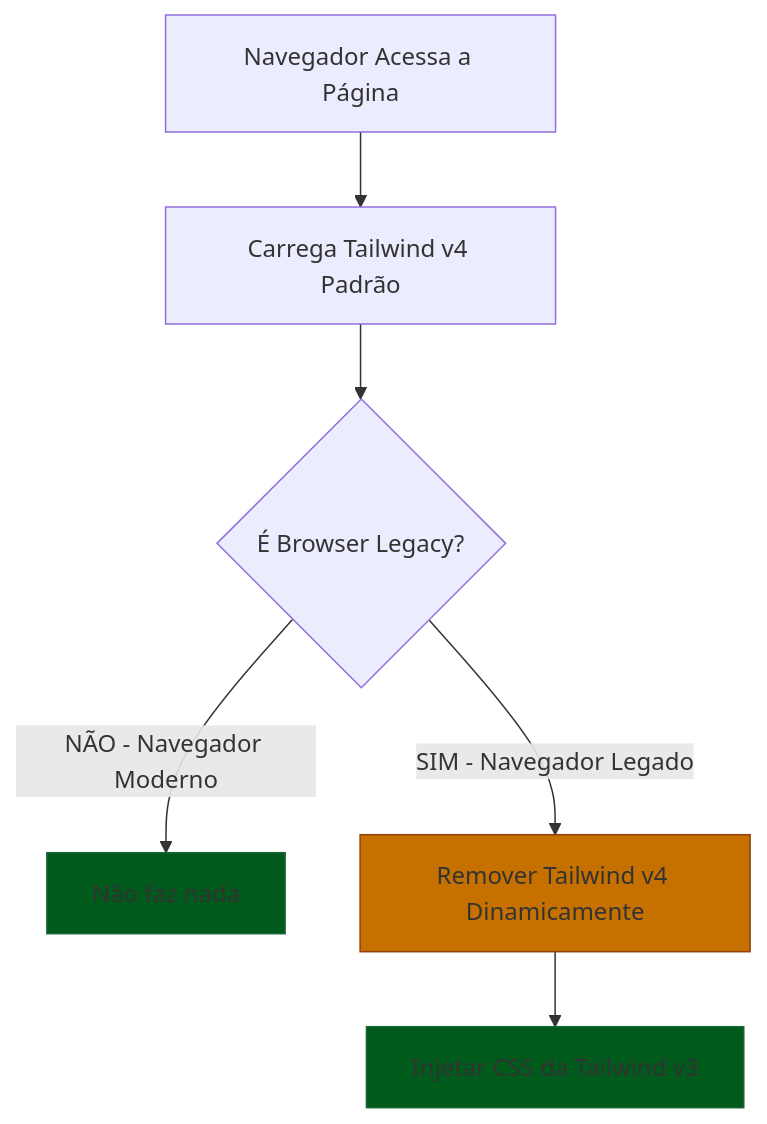
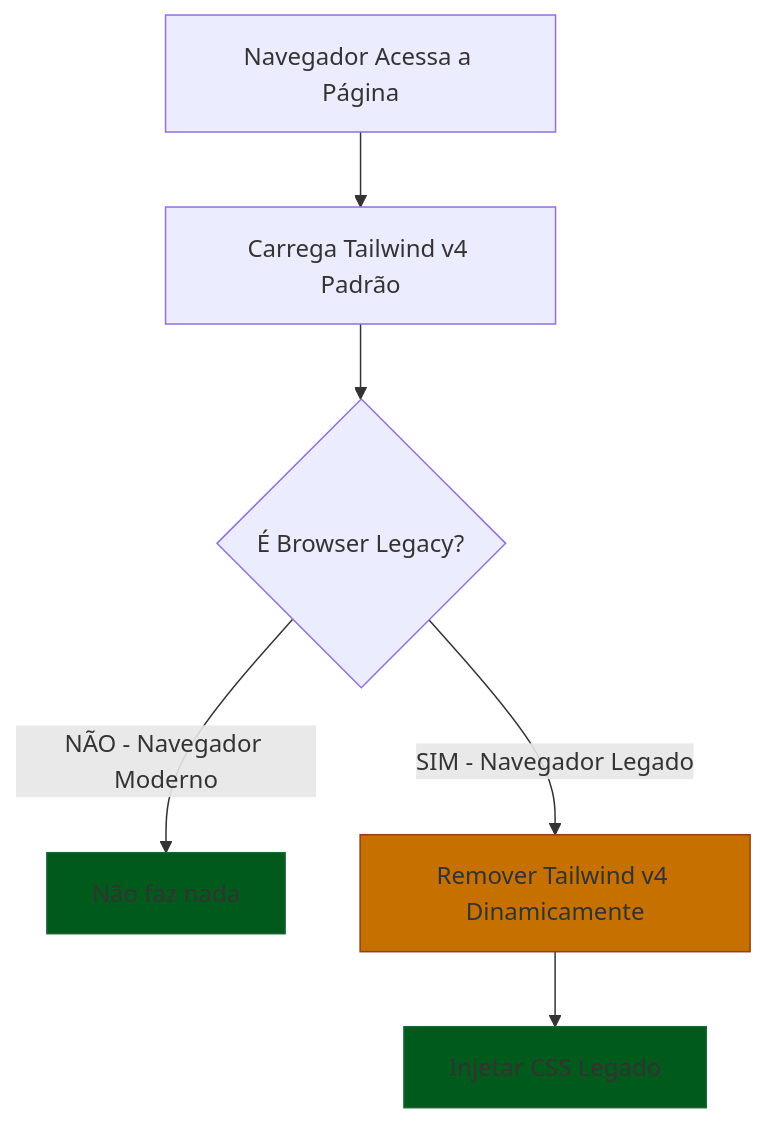
One commit to sapiyans/vite-plugin-tailwind-legacy changed the diagram in README-pt.md. Above: the diagram before and after it, drawn with Mermaid. The commit also changed 1 other file, not shown here.

Commit message:
Readme mermaid

````diff
--- a/README-pt.md
+++ b/README-pt.md
@@ -152,12 +152,12 @@
 ```mermaid
 graph TD
     A[Navegador Acessa a Página] --> B[Carrega Tailwind v4 Padrão]
     B --> C{É Browser Legacy?}
     C -->|NÃO - Navegador Moderno| D[Não faz nada]
     C -->|SIM - Navegador Legado| E[Remover Tailwind v4 Dinamicamente]
-    E --> F[Injetar CSS da Tailwind v3]
+    E --> F[Injetar CSS Legado]
 
     style D fill:#005a1c,stroke:#166534
     style F fill:#005a1c,stroke:#166534
     style E fill:#c67000,stroke:#92400e
 ```
````
